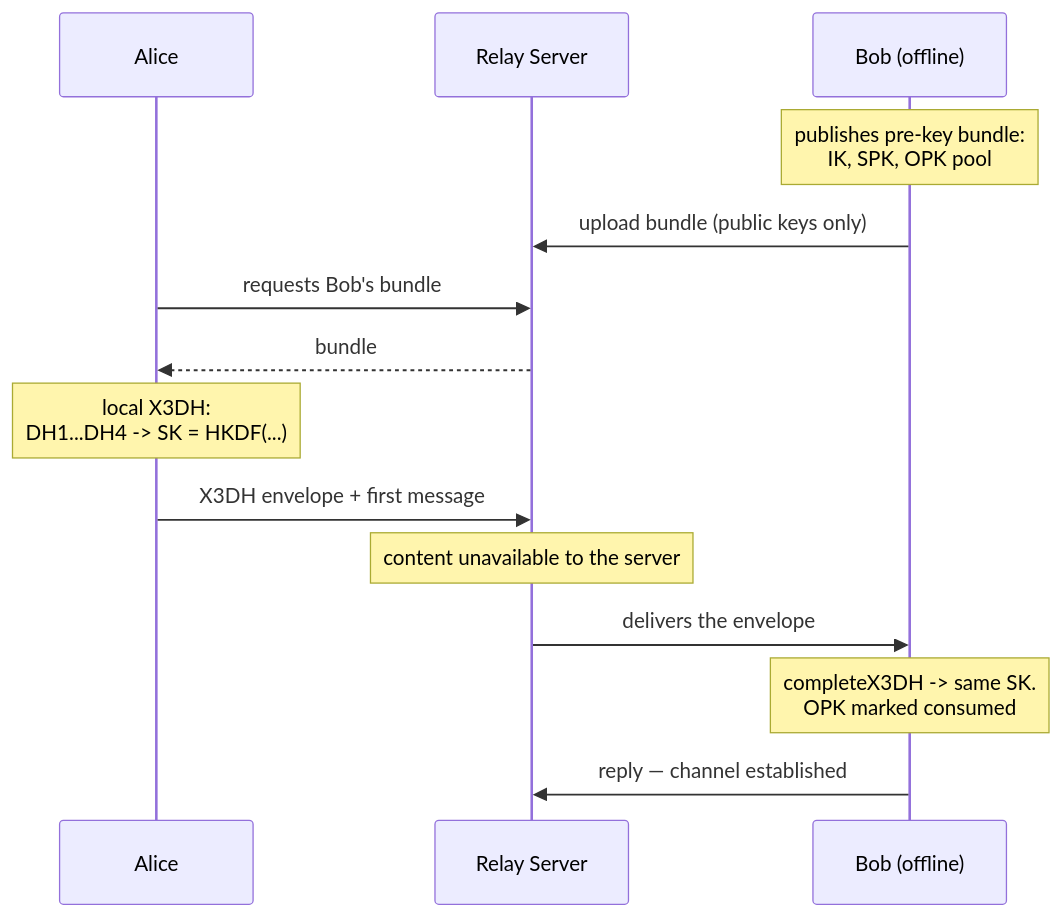
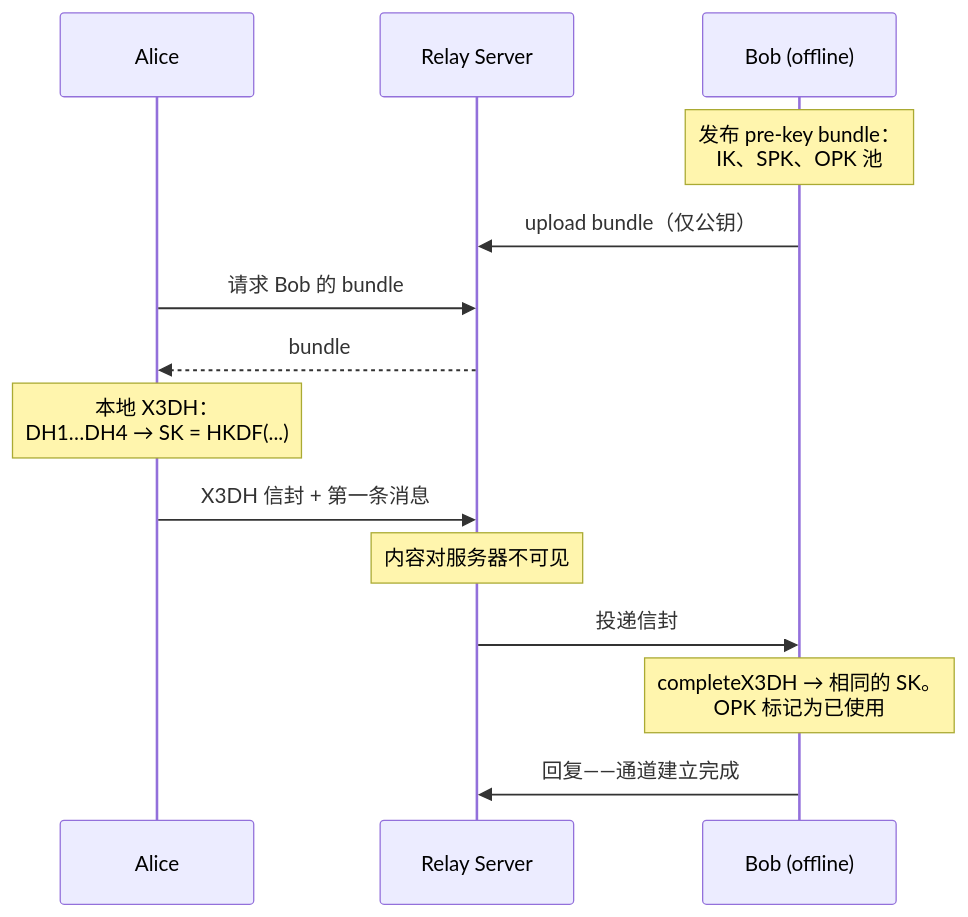
One commit to me2em-org/me2em-website changed the second of 3 diagrams in src/content/blog/zh/anonymous-e2ee-messenger.md. Above: the diagram before and after it, drawn with Mermaid. The commit also changed other lines of this file and 5 other files, not shown here.

````diff
--- a/src/content/blog/zh/anonymous-e2ee-messenger.md
+++ b/src/content/blog/zh/anonymous-e2ee-messenger.md
@@ -154,17 +154,17 @@
 ```mermaid
 sequenceDiagram
     participant A as Alice
     participant S as Relay Server
     participant B as Bob (offline)
 
-    Note over B: publishes pre-key bundle:<br/>IK, SPK, OPK pool
-    B->>S: upload bundle (public keys only)
-    A->>S: requests Bob's bundle
+    Note over B: 发布 pre-key bundle：<br/>IK、SPK、OPK 池
+    B->>S: upload bundle（仅公钥）
+    A->>S: 请求 Bob 的 bundle
     S-->>A: bundle
-    Note over A: local X3DH:<br/>DH1...DH4 -> SK = HKDF(...)
-    A->>S: X3DH envelope + first message
-    Note over S: content unavailable to the server
-    S->>B: delivers the envelope
-    Note over B: completeX3DH -> same SK.<br/>OPK marked consumed
-    B->>S: reply — channel established
+    Note over A: 本地 X3DH：<br/>DH1…DH4 → SK = HKDF(...)
+    A->>S: X3DH 信封 + 第一条消息
+    Note over S: 内容对服务器不可见
+    S->>B: 投递信封
+    Note over B: completeX3DH → 相同的 SK。<br/>OPK 标记为已使用
+    B->>S: 回复——通道建立完成
 ```
````
